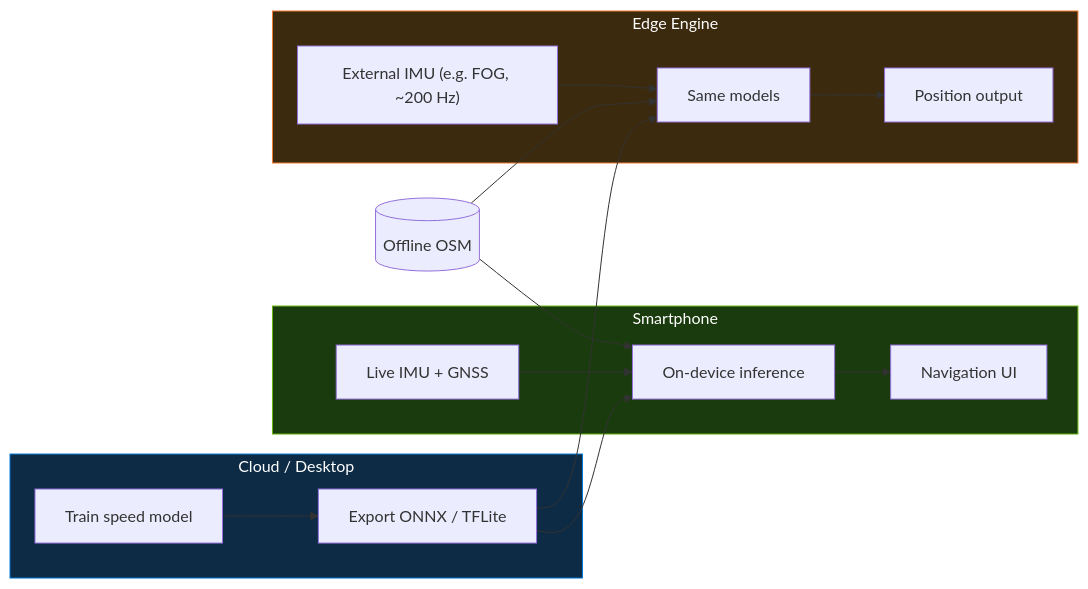
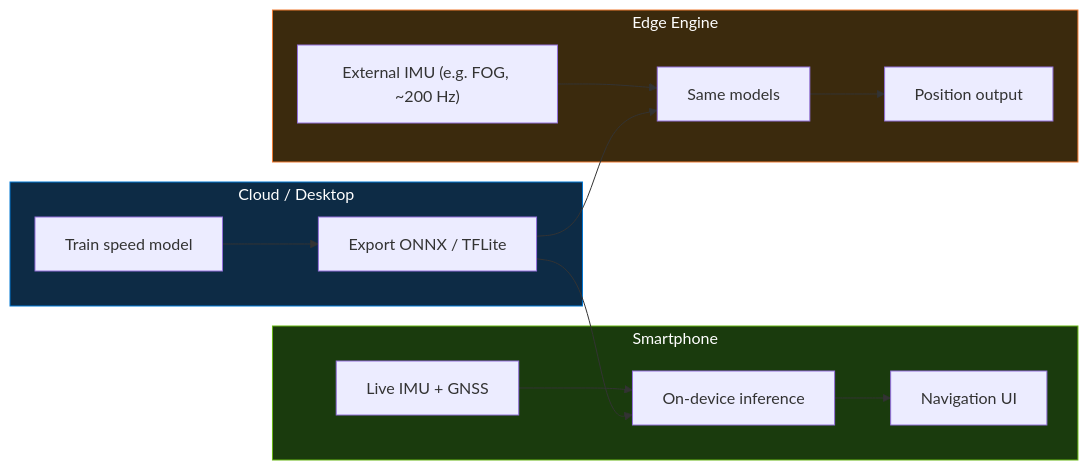
One commit to Team-TechGen-NITC/IMU-Dead-Reckoning changed the eighth of 8 diagrams in README.md. Above: the diagram before and after it, drawn with Mermaid. The commit also changed other lines of this file, not shown here.

````diff
--- a/README.md
+++ b/README.md
@@ -459,20 +274,18 @@
 ```mermaid
 flowchart LR
     subgraph TRAIN["Cloud / Desktop"]
         T1["Train speed model"] --> T2["Export ONNX / TFLite"]
     end
     subgraph PHONE["Smartphone"]
         P1["Live IMU + GNSS"] --> P2["On-device inference"] --> P3["Navigation UI"]
     end
     subgraph EDGE["Edge Engine"]
         E1["External IMU (e.g. FOG, ~200 Hz)"] --> E2["Same models"] --> E3["Position output"]
     end
     T2 --> P2
     T2 --> E2
-    MAP[("Offline OSM")] --> P2
-    MAP --> E2
 
     style TRAIN fill:#0d2b45,stroke:#0078d4,color:#fff
     style PHONE fill:#1a3b0d,stroke:#66b512,color:#fff
     style EDGE fill:#3b2a0d,stroke:#f07a30,color:#fff
 ```
````
